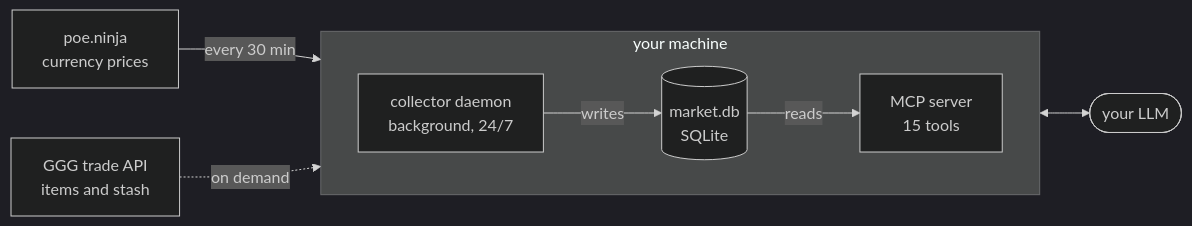
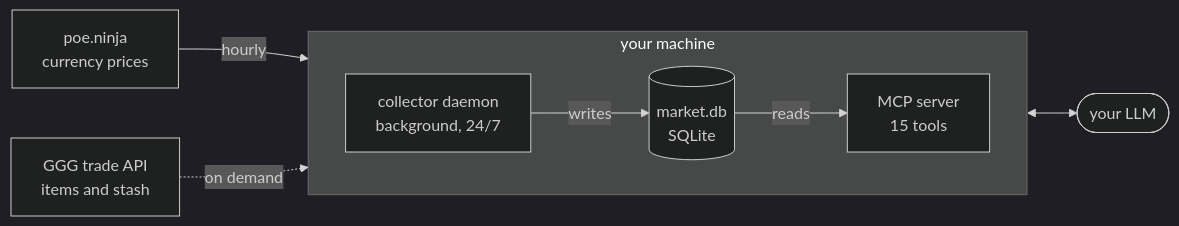
One commit to GlacianNex/POE2MarketMCP changed the diagram in README.md. Above: the diagram before and after it, drawn with Mermaid (dark theme). The commit also changed other lines of this file and 9 other files, not shown here.

````diff
--- a/README.md
+++ b/README.md
@@ -12,20 +12,20 @@
 ```mermaid
 flowchart LR
     NINJA["poe.ninja<br/>currency prices"]
     GGG["GGG trade API<br/>items and stash"]
 
     subgraph local["your machine"]
         direction LR
         COL["collector daemon<br/>background, 24/7"]
         DB[("market.db<br/>SQLite")]
         MCP["MCP server<br/>15 tools"]
         COL -->|writes| DB
         DB -->|reads| MCP
     end
 
     LLM(["your LLM"])
 
-    NINJA -->|every 30 min| COL
+    NINJA -->|hourly| COL
     GGG -.->|on demand| MCP
     MCP <--> LLM
 ```
````
